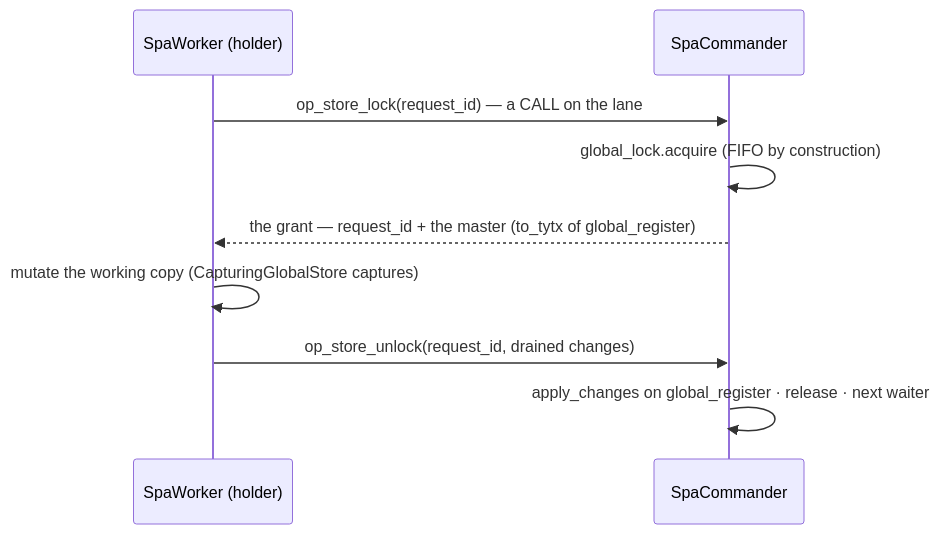
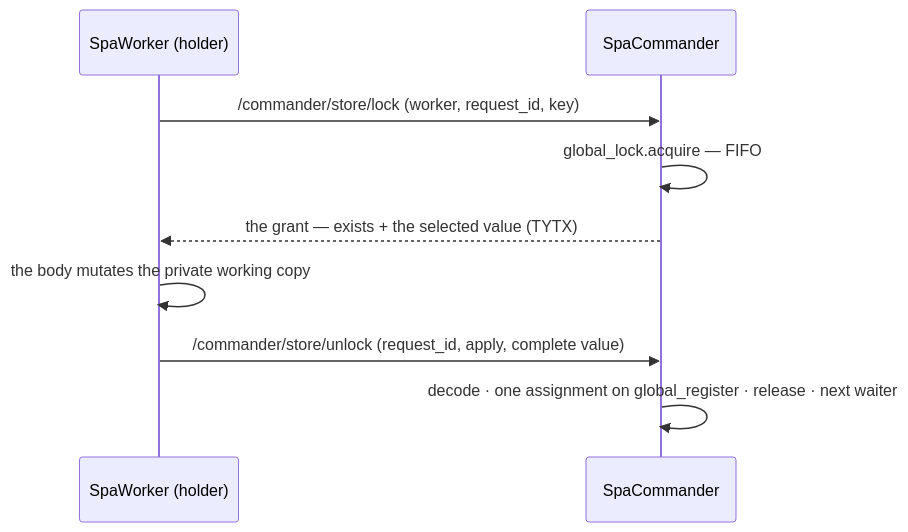
One commit to genropy/genro-asgi changed the diagram in internals/20_spa/040_global-store/design.md. Above: the diagram before and after it, drawn with Mermaid. The commit also changed other lines of this file and 3 other files, not shown here.

First line of the commit message:
docs: the global store internals describe the dictionary behind one lock

````diff
--- a/internals/20_spa/040_global-store/design.md
+++ b/internals/20_spa/040_global-store/design.md
@@ -17,11 +66,11 @@
 ```mermaid
 sequenceDiagram
     participant W as SpaWorker (holder)
     participant C as SpaCommander
-    W->>C: op_store_lock(request_id) — a CALL on the lane
-    C->>C: global_lock.acquire (FIFO by construction)
-    C-->>W: the grant — request_id + the master (to_tytx of global_register)
-    W->>W: mutate the working copy (CapturingGlobalStore captures)
-    W->>C: op_store_unlock(request_id, drained changes)
-    C->>C: apply_changes on global_register · release · next waiter
+    W->>C: /commander/store/lock (worker, request_id, key)
+    C->>C: global_lock.acquire — FIFO
+    C-->>W: the grant — exists + the selected value (TYTX)
+    W->>W: the body mutates the private working copy
+    W->>C: /commander/store/unlock (request_id, apply, complete value)
+    C->>C: decode · one assignment on global_register · release · next waiter
 ```
````
